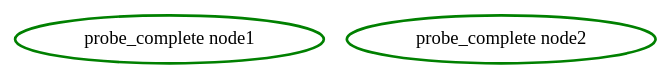
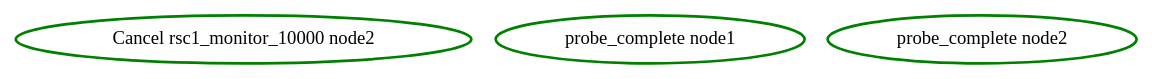
Before and after one commit to ClusterLabs/pacemaker: the diagram in pengine/test10/ticket-primitive-24.dot, drawn with Graphviz. The commit also changed 73 other files, not shown here.

Commit message:
Test: pengine: Cancel monitor operations for unmanaged resources

```diff
--- a/pengine/test10/ticket-primitive-24.dot
+++ b/pengine/test10/ticket-primitive-24.dot
@@ -1,4 +1,5 @@
 digraph "g" {
+"Cancel rsc1_monitor_10000 node2" [ style=bold color="green" fontcolor="black"]
 "probe_complete node1" [ style=bold color="green" fontcolor="black"]
 "probe_complete node2" [ style=bold color="green" fontcolor="black"]
 }
```
